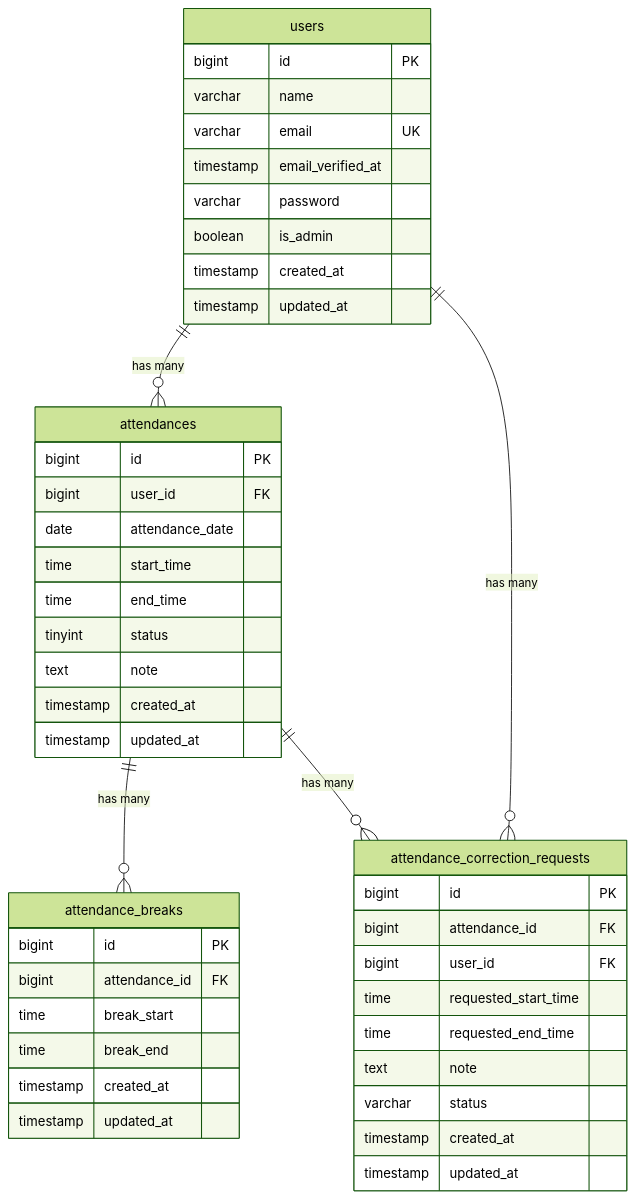
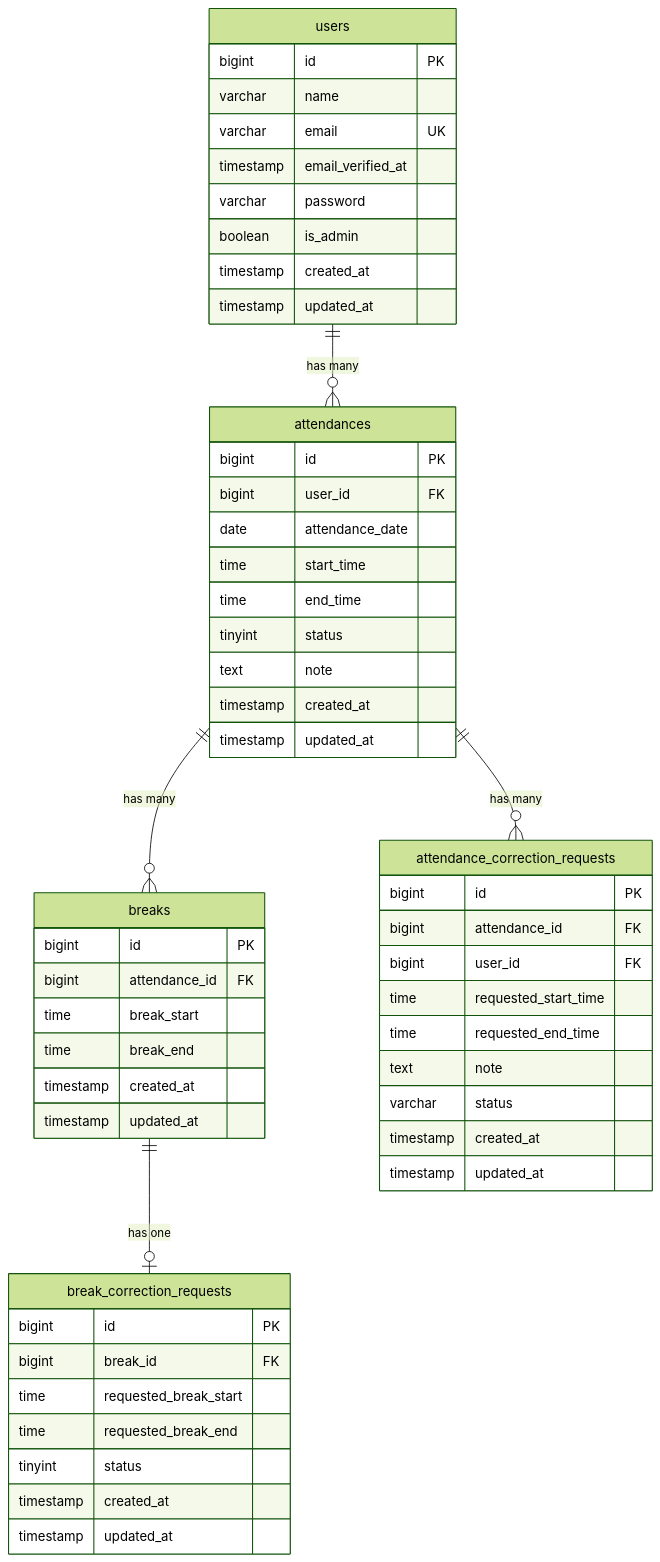
The diagram in README.md (ryuichi-ando/attendance-app), drawn with Mermaid (forest theme) before and after one commit.

Commit message:
README更新

````diff
--- a/README.md
+++ b/README.md
@@ -26,52 +26,62 @@
 ```mermaid
 erDiagram
 
     users {
         bigint id PK
         varchar name
         varchar email UK
         timestamp email_verified_at
         varchar password
         boolean is_admin
         timestamp created_at
         timestamp updated_at
     }
 
     attendances {
         bigint id PK
         bigint user_id FK
         date attendance_date
         time start_time
         time end_time
         tinyint status
         text note
         timestamp created_at
         timestamp updated_at
     }
 
-    attendance_breaks {
+    breaks {
         bigint id PK
         bigint attendance_id FK
         time break_start
         time break_end
         timestamp created_at
         timestamp updated_at
     }
 
     attendance_correction_requests {
         bigint id PK
         bigint attendance_id FK
         bigint user_id FK
         time requested_start_time
         time requested_end_time
         text note
         varchar status
         timestamp created_at
         timestamp updated_at
     }
 
+    break_correction_requests {
+        bigint id PK
+        bigint break_id FK
+        time requested_break_start
+        time requested_break_end
+        tinyint status
+        timestamp created_at
+        timestamp updated_at
+    }
+
     users ||--o{ attendances : "has many"
-    attendances ||--o{ attendance_breaks : "has many"
+    attendances ||--o{ breaks : "has many"
     attendances ||--o{ attendance_correction_requests : "has many"
-    users ||--o{ attendance_correction_requests : "has many"
+    breaks ||--o| break_correction_requests : "has one"
 ```
````
